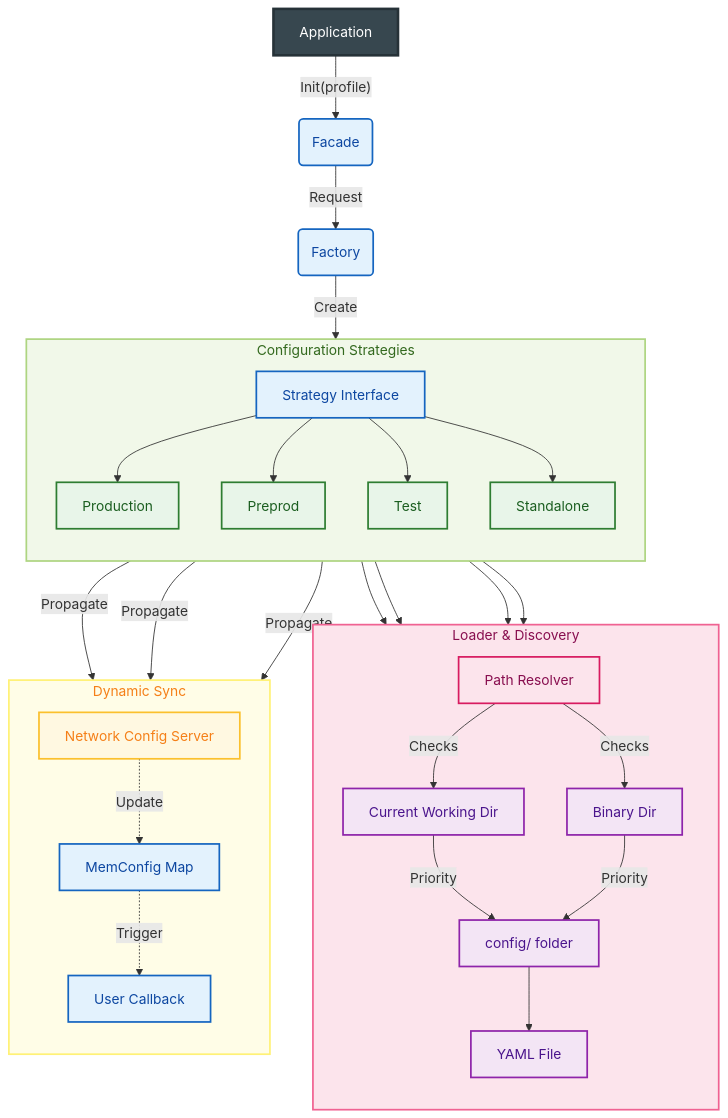
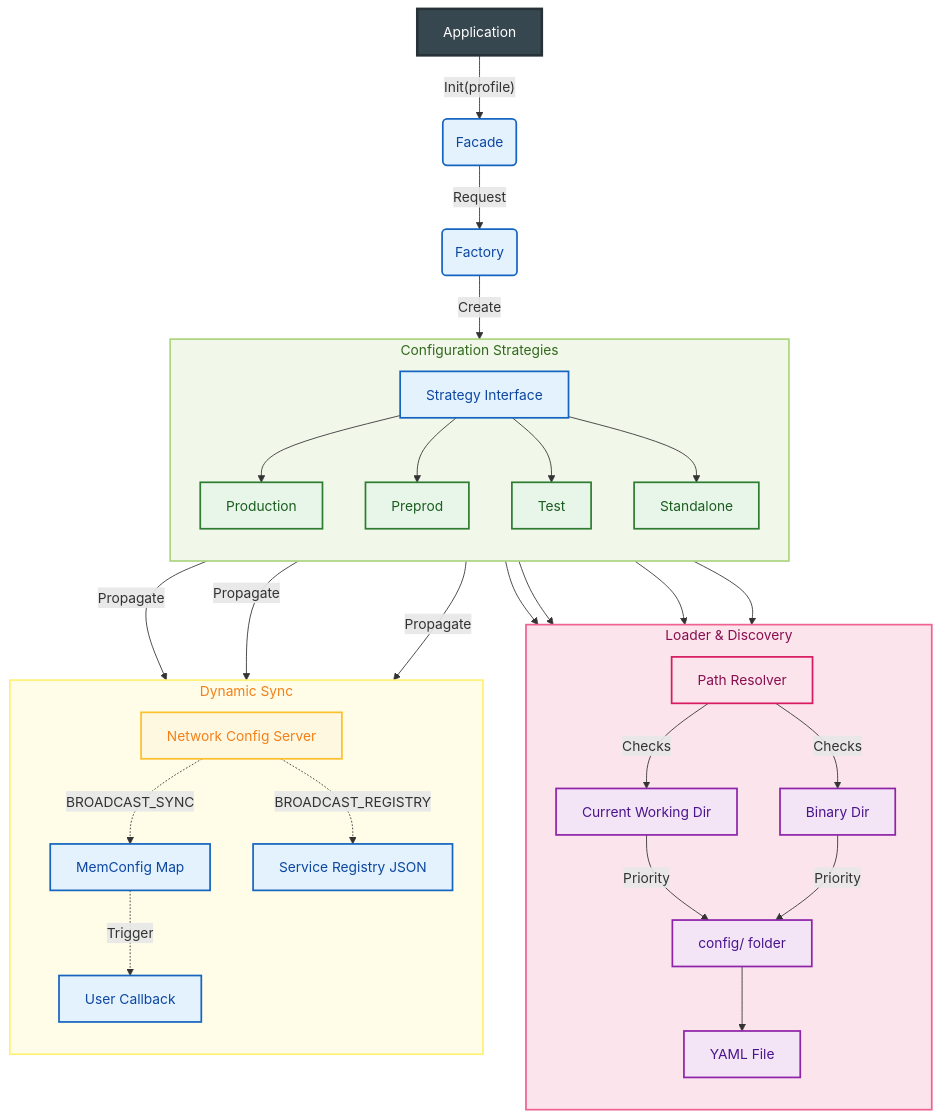
Before and after one commit to Bastien-Antigravity/distributed-config: the diagram in ARCHITECTURE.md, drawn with Mermaid. The commit also changed other lines of this file and 28 other files, not shown here.

````diff
--- a/ARCHITECTURE.md
+++ b/ARCHITECTURE.md
@@ -9,44 +9,45 @@
 ```mermaid
 flowchart TD
     %% Styles
     classDef core fill:#e3f2fd,stroke:#1565c0,stroke-width:2px,color:#0d47a1;
     classDef strategy fill:#e8f5e9,stroke:#2e7d32,stroke-width:2px,color:#1b5e20;
     classDef net fill:#fff8e1,stroke:#fbc02d,stroke-width:2px,color:#f57f17;
     classDef file fill:#f3e5f5,stroke:#8e24aa,stroke-width:2px,color:#4a148c;
     classDef loader fill:#fce4ec,stroke:#d81b60,stroke-width:2px,color:#880e4f;
 
     %% Application Node Styling
     style App fill:#37474f,stroke:#263238,stroke-width:3px,color:#ffffff
 
     %% Nodes
     App[Application] -->|"Init(profile)"| Facade(Facade):::core
     Facade -->|Request| Factory(Factory):::core
     Factory -->|Create| StratInterface[Strategy Interface]:::core
 
     subgraph Strategies [Configuration Strategies]
         direction TB
         StratInterface --> Prod[Production]:::strategy
         StratInterface --> Pre[Preprod]:::strategy
         StratInterface --> Test[Test]:::strategy
         StratInterface --> Stand[Standalone]:::strategy
     end
     style Strategies fill:#f1f8e9,stroke:#aed581,stroke-width:2px,color:#33691e
 
     subgraph Discovery [Loader & Discovery]
         direction TB
         Prod & Pre & Test & Stand --> Loader[Path Resolver]:::loader
         Loader -->|Checks| CWD[Current Working Dir]:::file
         Loader -->|Checks| BinDir[Binary Dir]:::file
         CWD & BinDir -->|Priority| ConfigFolder[config/ folder]:::file
         ConfigFolder --> YAML[YAML File]:::file
     end
     style Discovery fill:#fce4ec,stroke:#f06292,stroke-width:2px,color:#880e4f
 
     subgraph Sync [Dynamic Sync]
         direction TB
         Prod & Pre & Test -->|Propagate| Net[Network Config Server]:::net
-        Net -.->|Update| MemConfig[MemConfig Map]:::core
+        Net -.->|BROADCAST_SYNC| MemConfig[MemConfig Map]:::core
+        Net -.->|BROADCAST_REGISTRY| Registry[Service Registry JSON]:::core
         MemConfig -.->|Trigger| Callback[User Callback]:::core
     end
     style Sync fill:#fffde7,stroke:#fff176,stroke-width:2px,color:#f57f17
 ```
````
